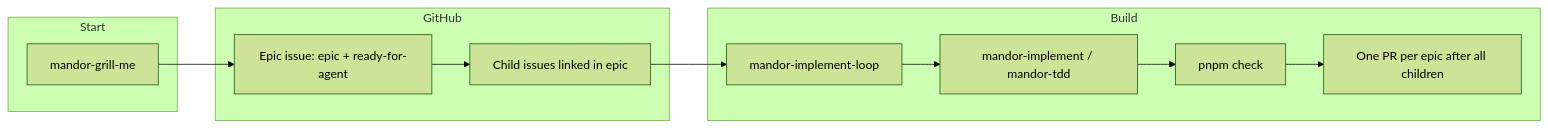
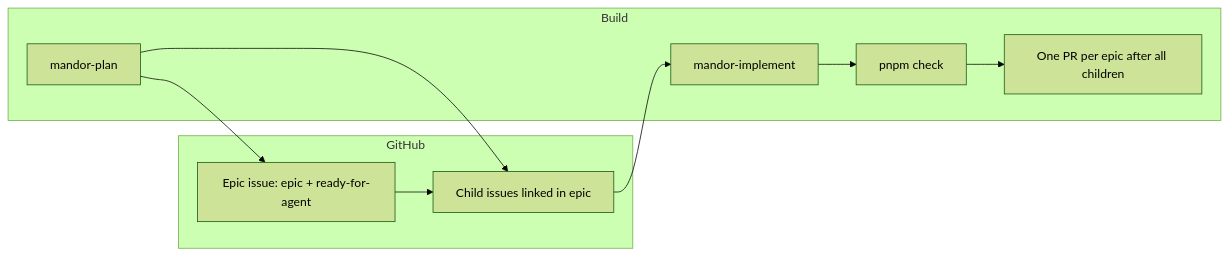
One commit to achmadya-dev/mandor-plate changed the diagram in README.md. Above: the diagram before and after it, drawn with Mermaid (forest theme). The commit also changed other lines of this file and 25 other files, not shown here.

````diff
--- a/README.md
+++ b/README.md
@@ -125,25 +125,21 @@
 ```mermaid
 flowchart LR
-  subgraph start [Start]
-    G[mandor-grill-me]
-  end
-
   subgraph github [GitHub]
     E[Epic issue: epic + ready-for-agent]
     I[Child issues linked in epic]
   end
 
   subgraph code [Build]
-    L[mandor-implement-loop]
-    M[mandor-implement / mandor-tdd]
+    P[mandor-plan]
+    M[mandor-implement]
     C[pnpm check]
     PR[One PR per epic after all children]
   end
 
-  G --> E
   E --> I
-  I --> L
-  L --> M
+  P --> E
+  P --> I
+  I --> M
   M --> C
   C --> PR
 ```
````
